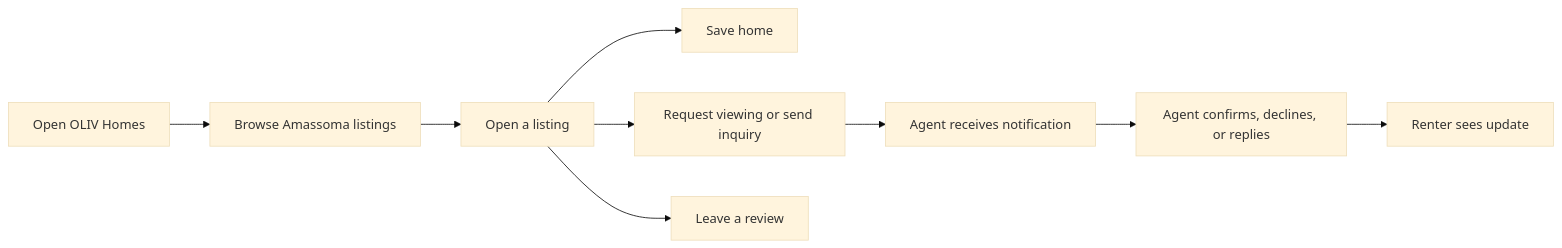
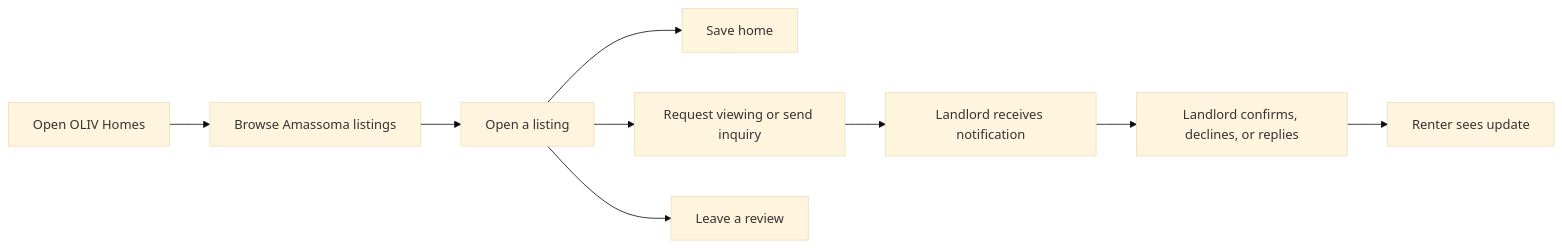
One commit to Tkay6677/oliv_homes changed the second of 7 diagrams in docs/oliv-homes.md. Above: the diagram before and after it, drawn with Mermaid (base theme). The commit also changed other lines of this file and 28 other files, not shown here.

````diff
--- a/docs/oliv-homes.md
+++ b/docs/oliv-homes.md
@@ -164,11 +164,11 @@
 ```mermaid
 flowchart LR
 	Start["Open OLIV Homes"] --> Discover["Browse Amassoma listings"]
 	Discover --> Details["Open a listing"]
 	Details --> Save["Save home"]
 	Details --> Request["Request viewing or send inquiry"]
-	Request --> Agent["Agent receives notification"]
-	Agent --> Reply["Agent confirms, declines, or replies"]
+	Request --> Landlord["Landlord receives notification"]
+	Landlord --> Reply["Landlord confirms, declines, or replies"]
 	Reply --> Renter["Renter sees update"]
 	Details --> Review["Leave a review"]
 ```
````
